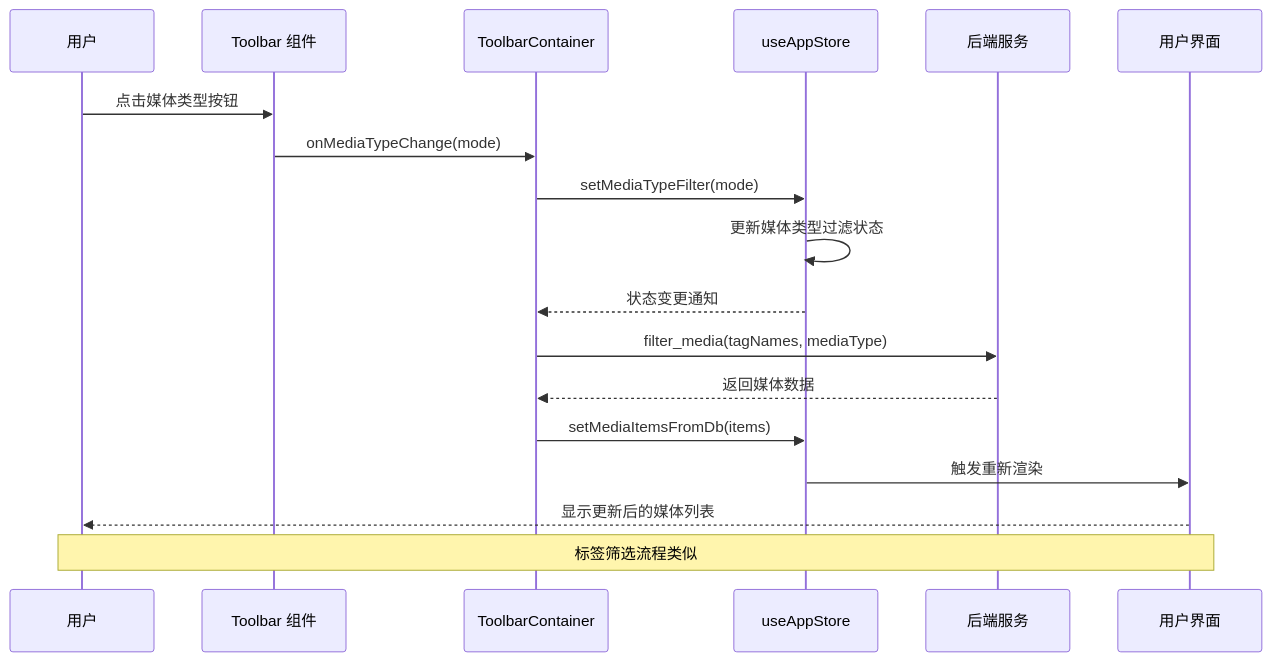
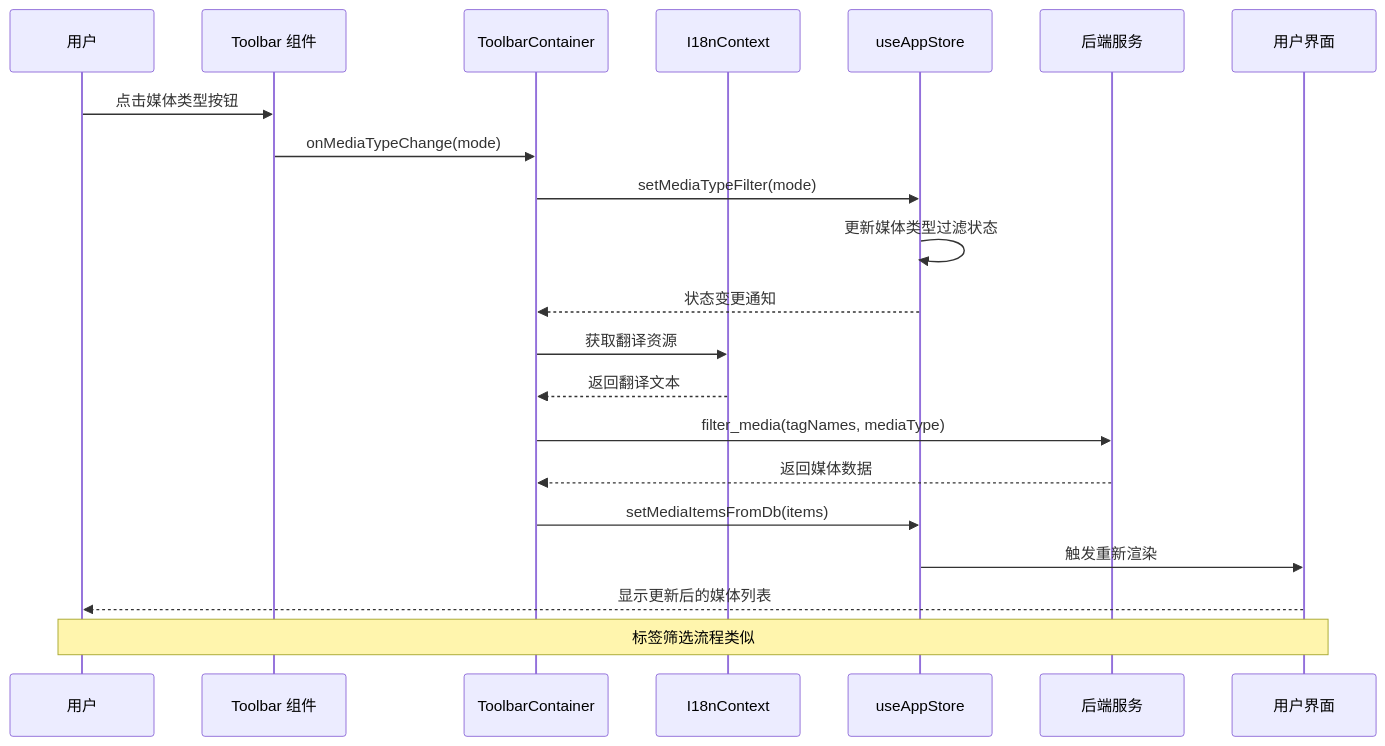
One commit to YLee9527/Medex changed the second of 6 diagrams in repowiki/zh/content/前端开发/UI 组件详解/工具栏组件 (Toolbar).md. Above: the diagram before and after it, drawn with Mermaid. The commit also changed other lines of this file and 13 other files, not shown here.

````diff
--- a/repowiki/zh/content/前端开发/UI 组件详解/工具栏组件 (Toolbar).md
+++ b/repowiki/zh/content/前端开发/UI 组件详解/工具栏组件 (Toolbar).md
@@ -89,20 +117,23 @@
 ```mermaid
 sequenceDiagram
 participant User as 用户
 participant Toolbar as Toolbar 组件
 participant Container as ToolbarContainer
+participant I18n as I18nContext
 participant Store as useAppStore
 participant Backend as 后端服务
 participant UI as 用户界面
 User->>Toolbar : 点击媒体类型按钮
 Toolbar->>Container : onMediaTypeChange(mode)
 Container->>Store : setMediaTypeFilter(mode)
 Store->>Store : 更新媒体类型过滤状态
 Store-->>Container : 状态变更通知
+Container->>I18n : 获取翻译资源
+I18n-->>Container : 返回翻译文本
 Container->>Backend : filter_media(tagNames, mediaType)
 Backend-->>Container : 返回媒体数据
 Container->>Store : setMediaItemsFromDb(items)
 Store->>UI : 触发重新渲染
 UI-->>User : 显示更新后的媒体列表
 Note over User,UI : 标签筛选流程类似
 ```
````
